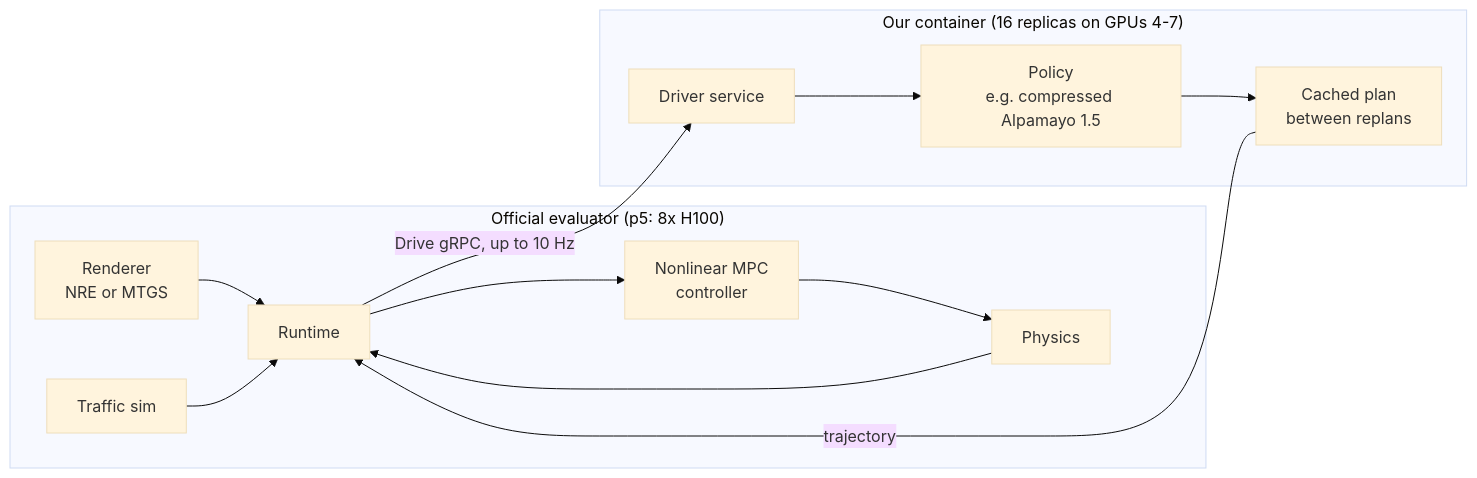
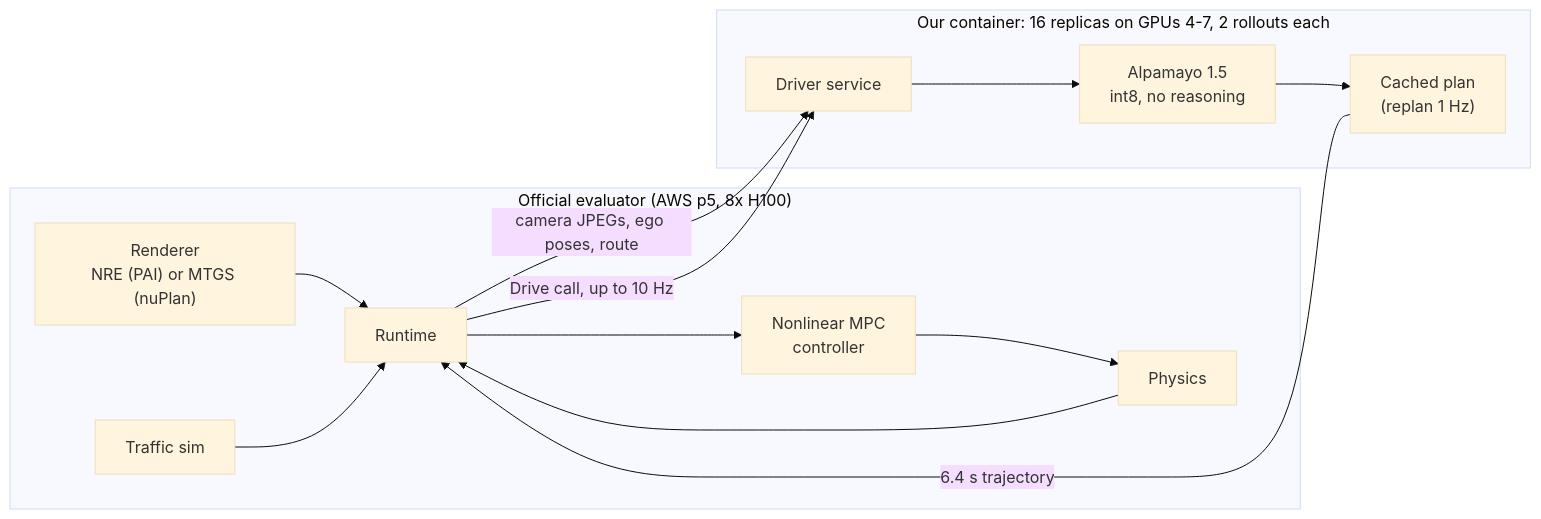
The first of 7 diagrams in README.md (amanupg/alpasim-challenge-2026), drawn with Mermaid (base theme) before and after one commit. The commit also changed other lines of this file, not shown here.

Commit message:
README: full rewrite with 7 diagrams (challenge, driver, compression, container, Slurm/Apptainer stack, measurement, timeline); corrected quota to calendar month; current results

````diff
--- a/README.md
+++ b/README.md
@@ -19,14 +37,15 @@
 ```mermaid
 flowchart LR
-  subgraph Evaluator["Official evaluator (p5: 8x H100)"]
-    R[Renderer<br/>NRE or MTGS] --> RT[Runtime]
-    RT --> C[Nonlinear MPC<br/>controller] --> P[Physics] --> RT
+  subgraph Evaluator["Official evaluator (AWS p5, 8x H100)"]
+    R["Renderer<br/>NRE (PAI) or MTGS (nuPlan)"] --> RT[Runtime]
+    RT --> C["Nonlinear MPC<br/>controller"] --> P[Physics] --> RT
     T[Traffic sim] --> RT
   end
-  subgraph Ours["Our container (16 replicas on GPUs 4-7)"]
-    D[Driver service] --> M[Policy<br/>e.g. compressed Alpamayo 1.5]
-    M --> K[Cached plan<br/>between replans]
+  subgraph Ours["Our container: 16 replicas on GPUs 4-7, 2 rollouts each"]
+    D[Driver service] --> M["Alpamayo 1.5<br/>int8, no reasoning"]
+    M --> K["Cached plan<br/>(replan 1 Hz)"]
   end
-  RT -->|"Drive gRPC, up to 10 Hz"| D
-  K -->|trajectory| RT
+  RT -->|"camera JPEGs, ego poses, route"| D
+  RT -->|"Drive call, up to 10 Hz"| D
+  K -->|"6.4 s trajectory"| RT
 ```
````
